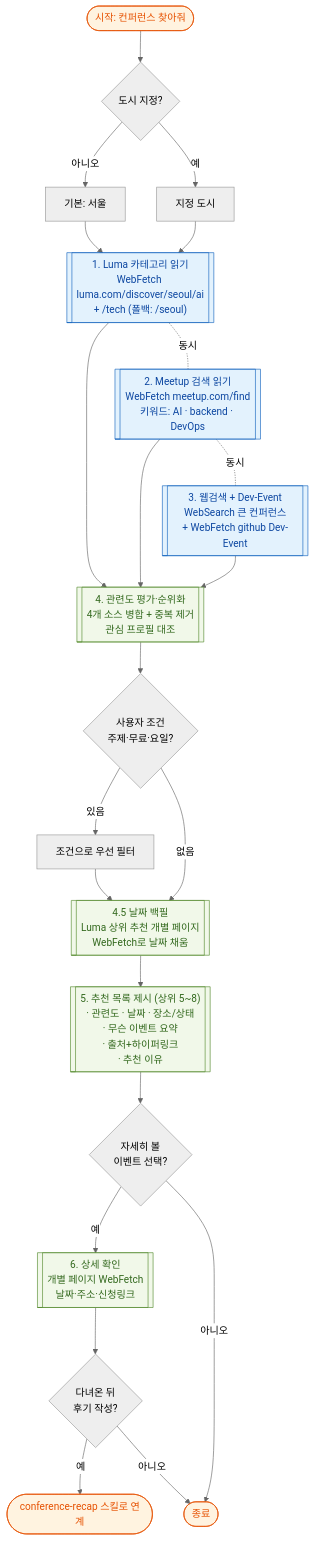
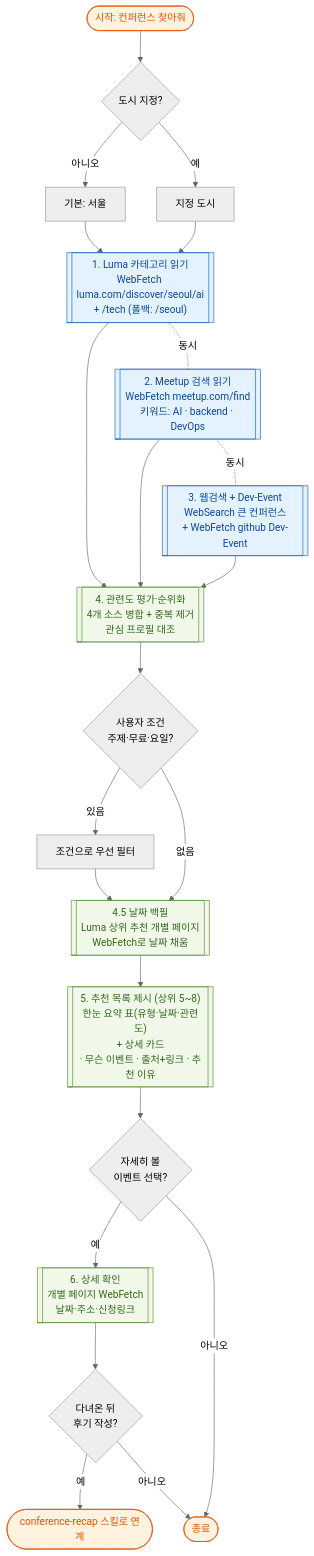
Before and after one commit to siontext/zion_market: the diagram in plugins/conference-finder/skills/conference-finder/FLOW.md, drawn with Mermaid (neutral theme). The commit also changed 3 other files, not shown here.

````diff
--- a/plugins/conference-finder/skills/conference-finder/FLOW.md
+++ b/plugins/conference-finder/skills/conference-finder/FLOW.md
@@ -1,36 +1,36 @@
 ```mermaid
 flowchart TD
     A([시작: 컨퍼런스 찾아줘]) --> B{도시 지정?}
     B -- 아니오 --> C[기본: 서울]
     B -- 예 --> C2[지정 도시]
     C --> D
     C2 --> D
 
     D[["1. Luma 카테고리 읽기<br/>WebFetch luma.com/discover/seoul/ai<br/>+ /tech (폴백: /seoul)"]] --> F
     E[["2. Meetup 검색 읽기<br/>WebFetch meetup.com/find<br/>키워드: AI · backend · DevOps"]] --> F
     W[["3. 웹검색 + Dev-Event<br/>WebSearch 큰 컨퍼런스<br/>+ WebFetch github Dev-Event"]] --> F
     D -.동시.- E
     E -.동시.- W
 
     F[["4. 관련도 평가·순위화<br/>4개 소스 병합 + 중복 제거<br/>관심 프로필 대조"]] --> G{"사용자 조건<br/>주제·무료·요일?"}
     G -- 있음 --> H[조건으로 우선 필터]
     G -- 없음 --> J
     H --> J
 
     J[["4.5 날짜 백필<br/>Luma 상위 추천 개별 페이지<br/>WebFetch로 날짜 채움"]] --> K
 
-    K[["5. 추천 목록 제시 (상위 5~8)<br/>· 관련도 · 날짜 · 장소/상태<br/>· 무슨 이벤트 요약<br/>· 출처+하이퍼링크<br/>· 추천 이유"]] --> L{자세히 볼<br/>이벤트 선택?}
+    K[["5. 추천 목록 제시 (상위 5~8)<br/>한눈 요약 표(유형·날짜·관련도)<br/>+ 상세 카드<br/>· 무슨 이벤트 · 출처+링크 · 추천 이유"]] --> L{자세히 볼<br/>이벤트 선택?}
 
     L -- 예 --> M[["6. 상세 확인<br/>개별 페이지 WebFetch<br/>날짜·주소·신청링크"]]
     L -- 아니오 --> N([종료])
     M --> O{다녀온 뒤<br/>후기 작성?}
     O -- 예 --> P([conference-recap 스킬로 연계])
     O -- 아니오 --> N
 
     classDef src fill:#e3f2fd,stroke:#1565c0,color:#0d47a1;
     classDef step fill:#f1f8e9,stroke:#558b2f,color:#33691e;
     classDef done fill:#fff3e0,stroke:#e65100,color:#e65100;
     class D,E,W src;
     class F,J,K,M step;
     class A,N,P done;
 ```
````
